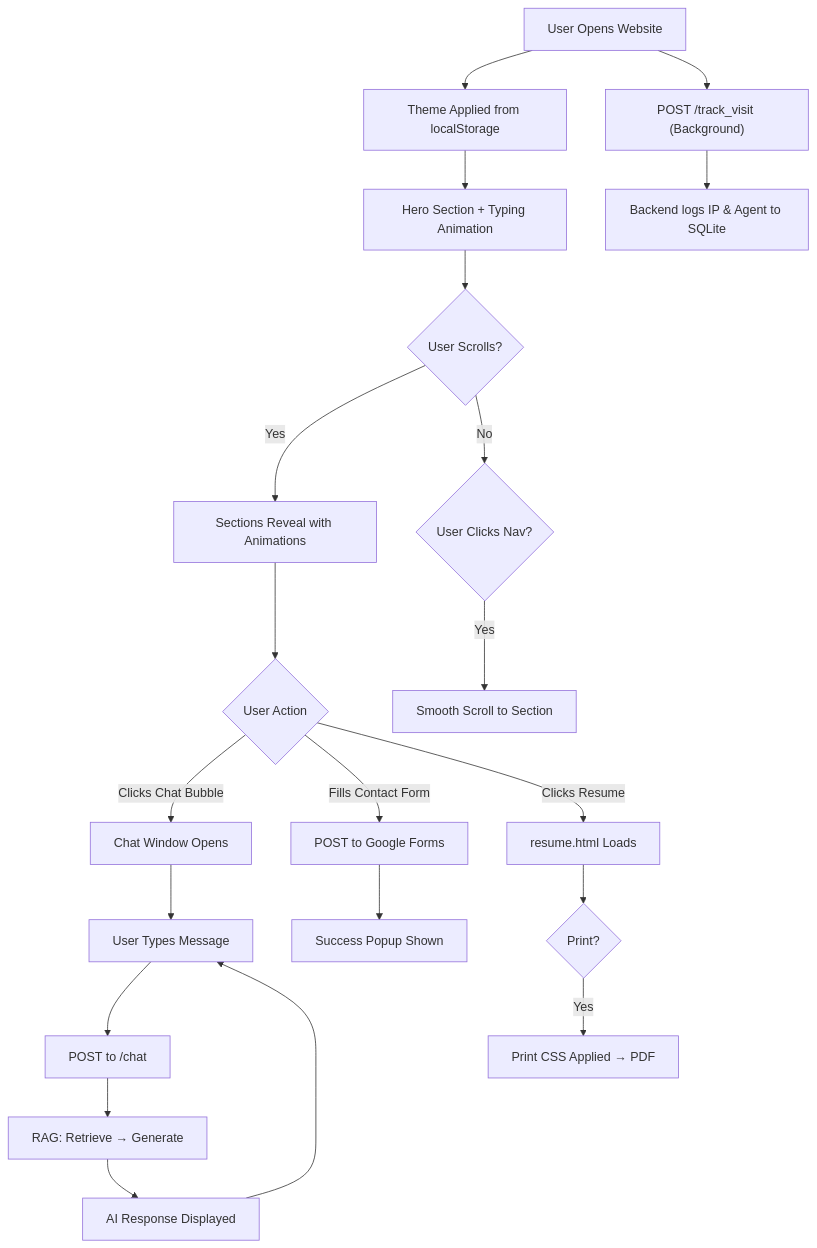
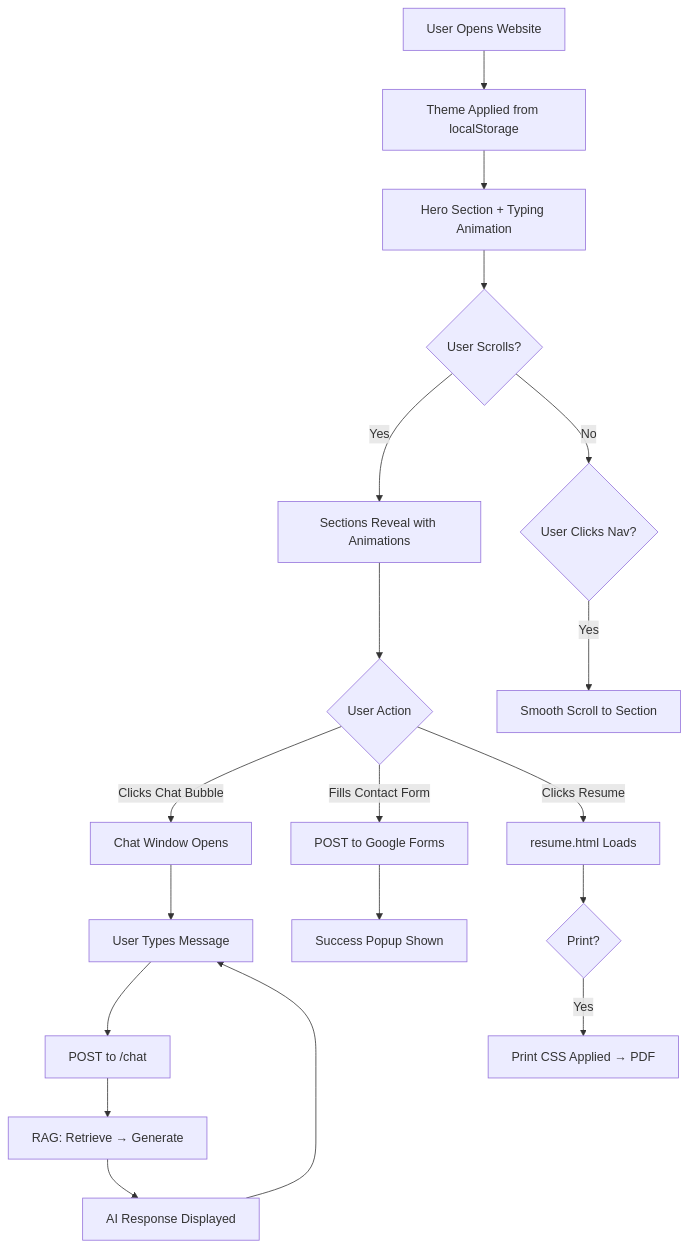
The second of 3 diagrams in robinson-portfolio-main/SRS_BRD_Documentation.md (Robinsonkr/ANTIGRAVITY-PROJECTS), drawn with Mermaid before and after one commit. The commit also changed other lines of this file, not shown here.

````diff
--- a/robinson-portfolio-main/SRS_BRD_Documentation.md
+++ b/robinson-portfolio-main/SRS_BRD_Documentation.md
@@ -220,26 +201,24 @@
 ```mermaid
 graph TD
     A["User Opens Website"] --> B["Theme Applied from localStorage"]
-    A --> A1["POST /track_visit (Background)"]
-    A1 --> A2["Backend logs IP & Agent to SQLite"]
     B --> C["Hero Section + Typing Animation"]
     C --> D{"User Scrolls?"}
     D -->|Yes| E["Sections Reveal with Animations"]
     D -->|No| F{"User Clicks Nav?"}
     F -->|Yes| G["Smooth Scroll to Section"]
     
     E --> H{"User Action"}
     H -->|"Clicks Chat Bubble"| I["Chat Window Opens"]
     I --> J["User Types Message"]
     J --> K["POST to /chat"]
     K --> L["RAG: Retrieve → Generate"]
     L --> M["AI Response Displayed"]
     M --> J
     
     H -->|"Fills Contact Form"| N["POST to Google Forms"]
     N --> O["Success Popup Shown"]
     
     H -->|"Clicks Resume"| P["resume.html Loads"]
     P --> Q{"Print?"}
     Q -->|Yes| R["Print CSS Applied → PDF"]
 ```
````
